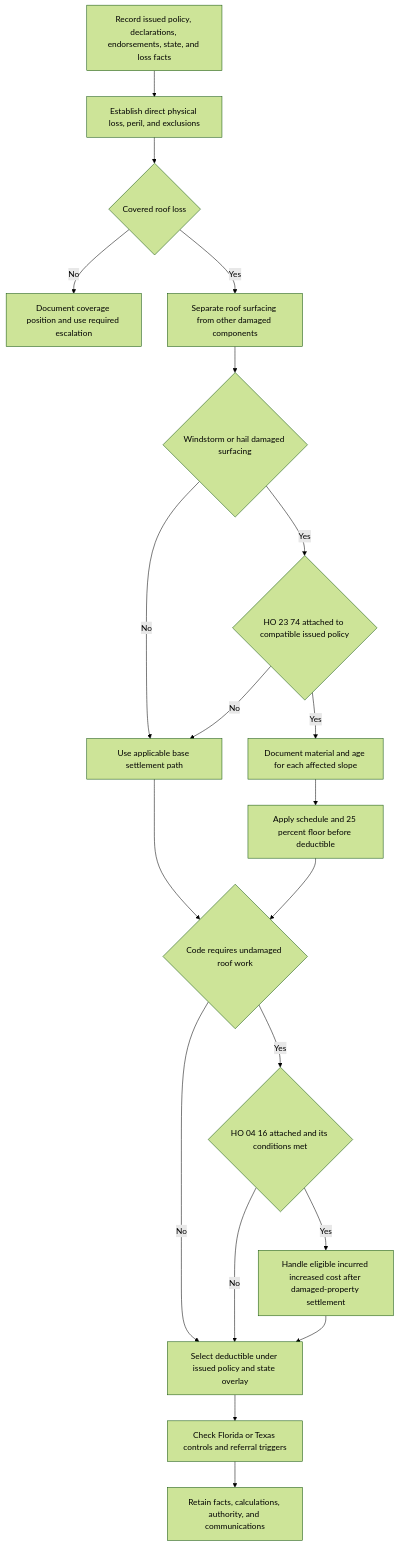
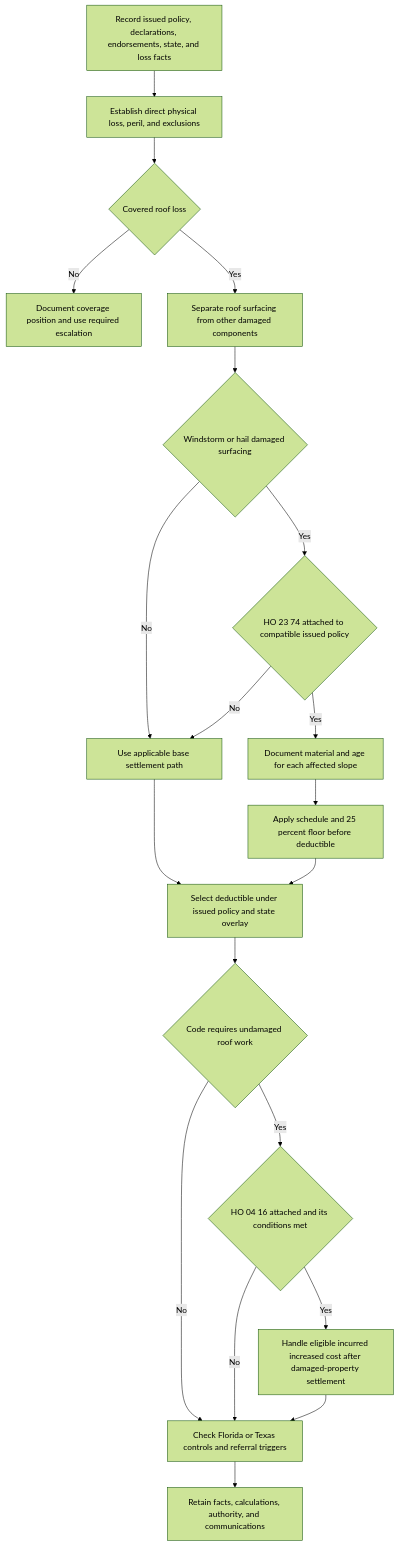
The diagram in openwiki/operations/claims-roof-loss-handling.md (eugeneliu-86/openwiki-insurance-corpus), drawn with Mermaid (forest theme) before and after one commit. The commit also changed other lines of this file and 47 other files, not shown here.

````diff
--- a/openwiki/operations/claims-roof-loss-handling.md
+++ b/openwiki/operations/claims-roof-loss-handling.md
@@ -42,22 +42,22 @@
 ```mermaid
 flowchart TD
     Intake["Record issued policy, declarations, endorsements, state, and loss facts"] --> Coverage["Establish direct physical loss, peril, and exclusions"]
     Coverage --> Eligible{"Covered roof loss"}
     Eligible -- No --> ReferCoverage["Document coverage position and use required escalation"]
     Eligible -- Yes --> Scope["Separate roof surfacing from other damaged components"]
     Scope --> Wind{"Windstorm or hail damaged surfacing"}
     Wind -- No --> Baseline["Use applicable base settlement path"]
     Wind -- Yes --> Schedule{"HO 23 74 attached to compatible issued policy"}
     Schedule -- No --> Baseline
     Schedule -- Yes --> Inputs["Document material and age for each affected slope"]
     Inputs --> ACV["Apply schedule and 25 percent floor before deductible"]
-    Baseline --> Code{"Code requires undamaged roof work"}
-    ACV --> Code
+    Baseline --> Deductible["Select deductible under issued policy and state overlay"]
+    ACV --> Deductible
+    Deductible --> Code{"Code requires undamaged roof work"}
+    Code -- No --> Review["Check Florida or Texas controls and referral triggers"]
     Code -- Yes --> OandL{"HO 04 16 attached and its conditions met"}
-    Code -- No --> Deductible["Select deductible under issued policy and state overlay"]
-    OandL -- No --> Deductible
+    OandL -- No --> Review
     OandL -- Yes --> Incurred["Handle eligible incurred increased cost after damaged-property settlement"]
-    Incurred --> Deductible
-    Deductible --> Review["Check Florida or Texas controls and referral triggers"]
+    Incurred --> Review
     Review --> Close["Retain facts, calculations, authority, and communications"]
 ```
````
